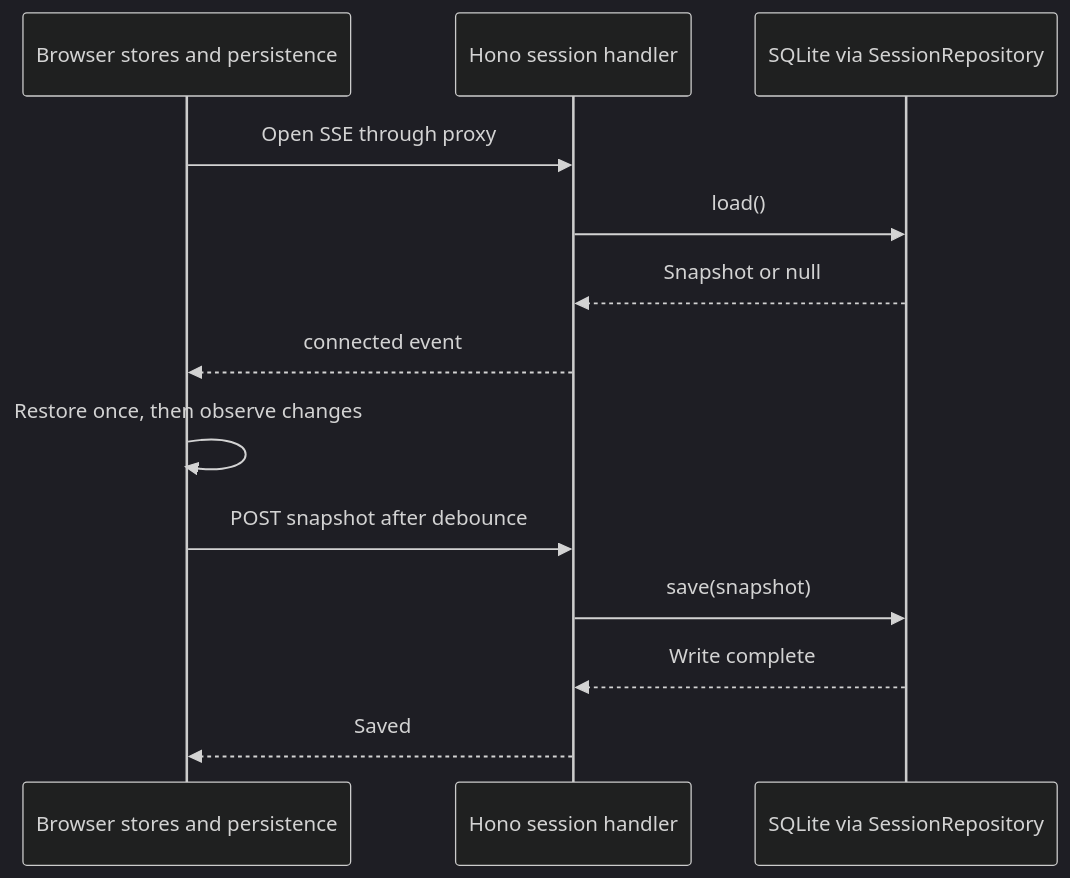
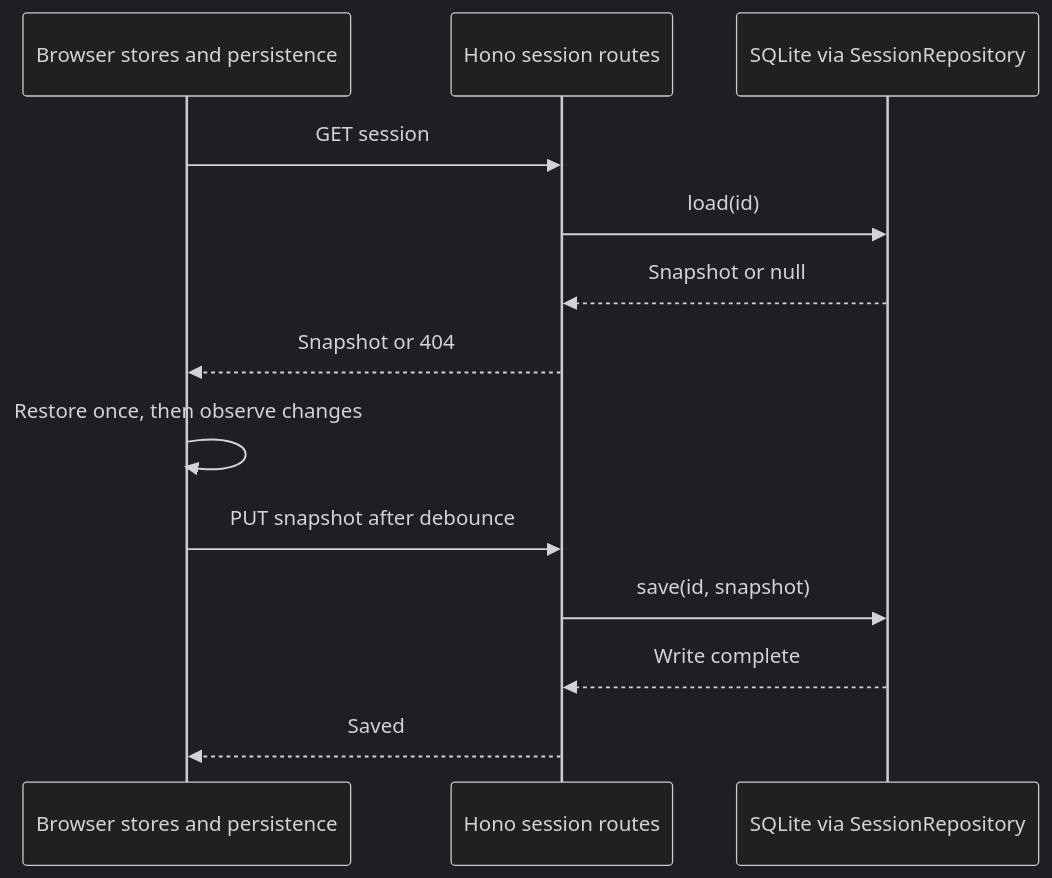
Before and after one commit to weng-lab/genomebrowser: the third of 3 diagrams in apps/web/docs/02-guides/dataFlow.md, drawn with Mermaid (dark theme). The commit also changed other lines of this file and 54 other files, not shown here.

````diff
--- a/apps/web/docs/02-guides/dataFlow.md
+++ b/apps/web/docs/02-guides/dataFlow.md
@@ -70,15 +73,15 @@
 ```mermaid
 sequenceDiagram
   participant Tab as Browser stores and persistence
-  participant Server as Hono session handler
+  participant Server as Hono session routes
   participant DB as SQLite via SessionRepository
-  Tab->>Server: Open SSE through proxy
-  Server->>DB: load()
+  Tab->>Server: GET session
+  Server->>DB: load(id)
   DB-->>Server: Snapshot or null
-  Server-->>Tab: connected event
+  Server-->>Tab: Snapshot or 404
   Tab->>Tab: Restore once, then observe changes
-  Tab->>Server: POST snapshot after debounce
-  Server->>DB: save(snapshot)
+  Tab->>Server: PUT snapshot after debounce
+  Server->>DB: save(id, snapshot)
   DB-->>Server: Write complete
   Server-->>Tab: Saved
 ```
````
